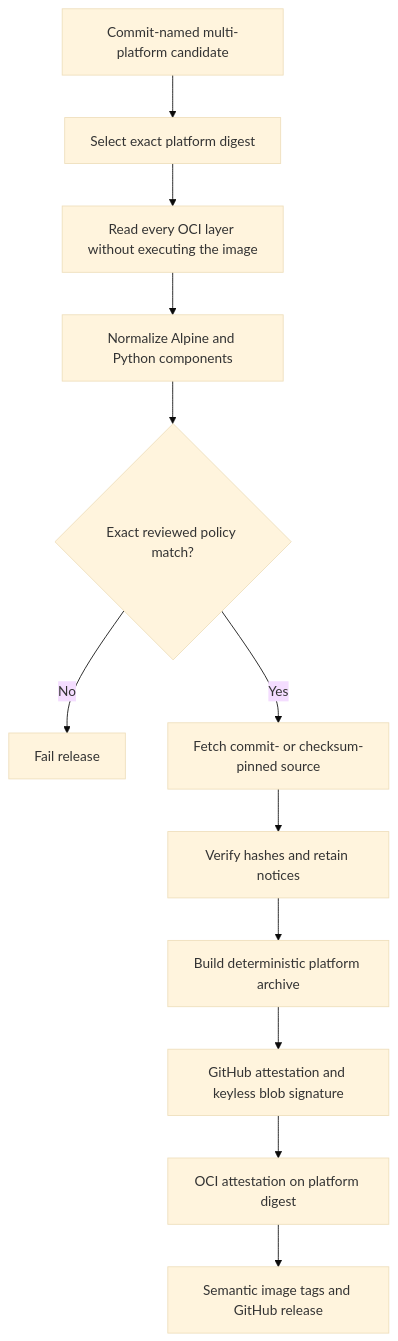
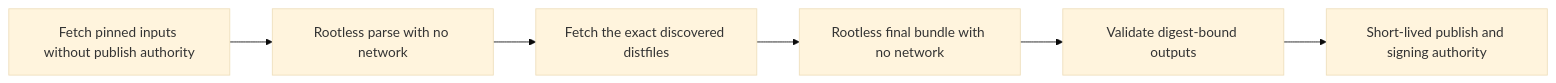
One commit to stampbot/extra-codeowners changed the diagram in docs/explanation/container-distribution-evidence.md. Above: the diagram before and after it, drawn with Mermaid (base theme). The commit also changed other lines of this file and 17 other files, not shown here.

````diff
--- a/docs/explanation/container-distribution-evidence.md
+++ b/docs/explanation/container-distribution-evidence.md
@@ -18,14 +126,8 @@
 ```mermaid
-flowchart TD
-    A[Commit-named multi-platform candidate] --> B[Select exact platform digest]
-    B --> C[Read every OCI layer without executing the image]
-    C --> D[Normalize Alpine and Python components]
-    D --> E{Exact reviewed policy match?}
-    E -- No --> F[Fail release]
-    E -- Yes --> G[Fetch commit- or checksum-pinned source]
-    G --> H[Verify hashes and retain notices]
-    H --> I[Build deterministic platform archive]
-    I --> J[GitHub attestation and keyless blob signature]
-    J --> K[OCI attestation on platform digest]
-    K --> L[Semantic image tags and GitHub release]
+flowchart LR
+    A[Fetch pinned inputs without publish authority] --> B[Rootless parse with no network]
+    B --> C[Fetch the exact discovered distfiles]
+    C --> D[Rootless final bundle with no network]
+    D --> E[Validate digest-bound outputs]
+    E --> F[Short-lived publish and signing authority]
 ```
````
